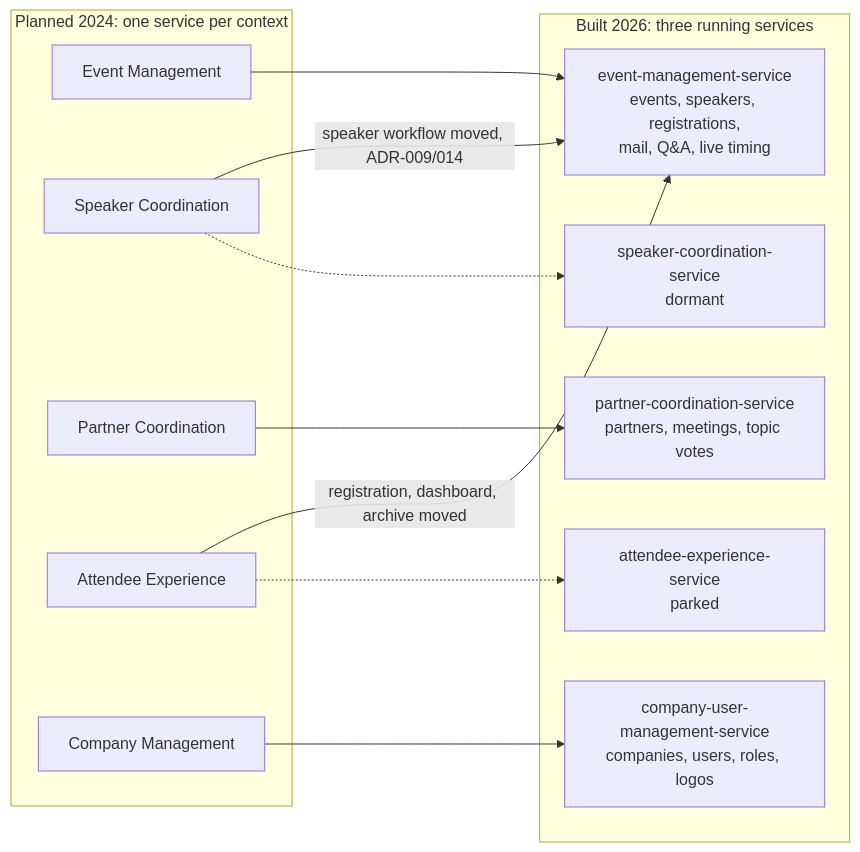
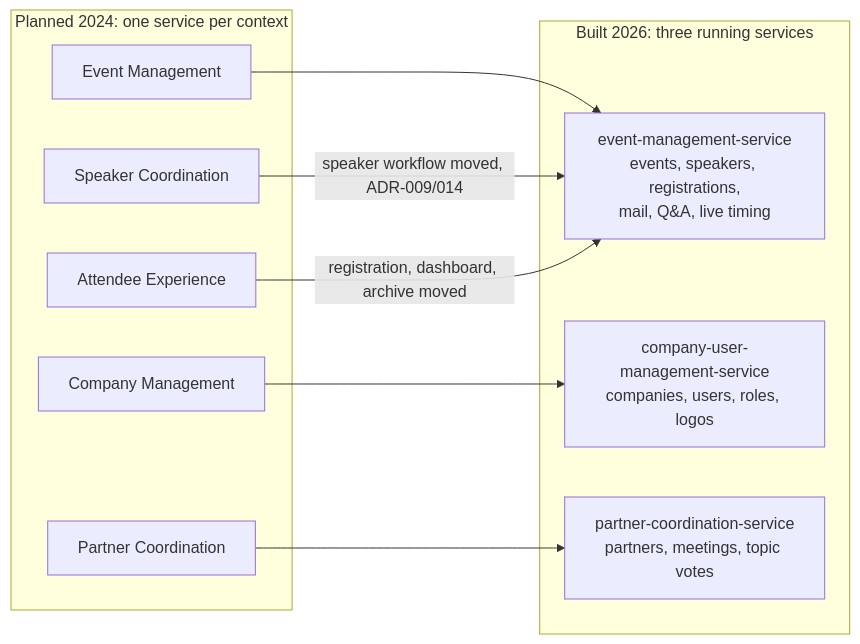
The first of 8 diagrams in docs/architecture/01-system-overview.md (nissimbuchs/BATbern2), drawn with Mermaid before and after one commit. The commit also changed other lines of this file and 392 other files, not shown here.

First line of the commit message:
feat(architecture): Epic 17 first batch: test fidelity, dead surface removed, API and module gates (17.0a-17.5, 17.3b) (#1258)

````diff
--- a/docs/architecture/01-system-overview.md
+++ b/docs/architecture/01-system-overview.md
@@ -33,24 +33,20 @@
 ```mermaid
 flowchart LR
     subgraph planned["Planned 2024: one service per context"]
         P1["Event Management"]
         P2["Speaker Coordination"]
         P3["Partner Coordination"]
         P4["Attendee Experience"]
         P5["Company Management"]
     end
     subgraph built["Built 2026: three running services"]
         EMS["event-management-service<br/>events, speakers, registrations,<br/>mail, Q&A, live timing"]
         CUMS["company-user-management-service<br/>companies, users, roles, logos"]
         PCS["partner-coordination-service<br/>partners, meetings, topic votes"]
-        SCS["speaker-coordination-service<br/>dormant"]
-        AES["attendee-experience-service<br/>parked"]
     end
     P1 --> EMS
     P2 -->|"speaker workflow moved, ADR-009/014"| EMS
     P4 -->|"registration, dashboard, archive moved"| EMS
     P5 --> CUMS
     P3 --> PCS
-    P2 -.-> SCS
-    P4 -.-> AES
 ```
````
